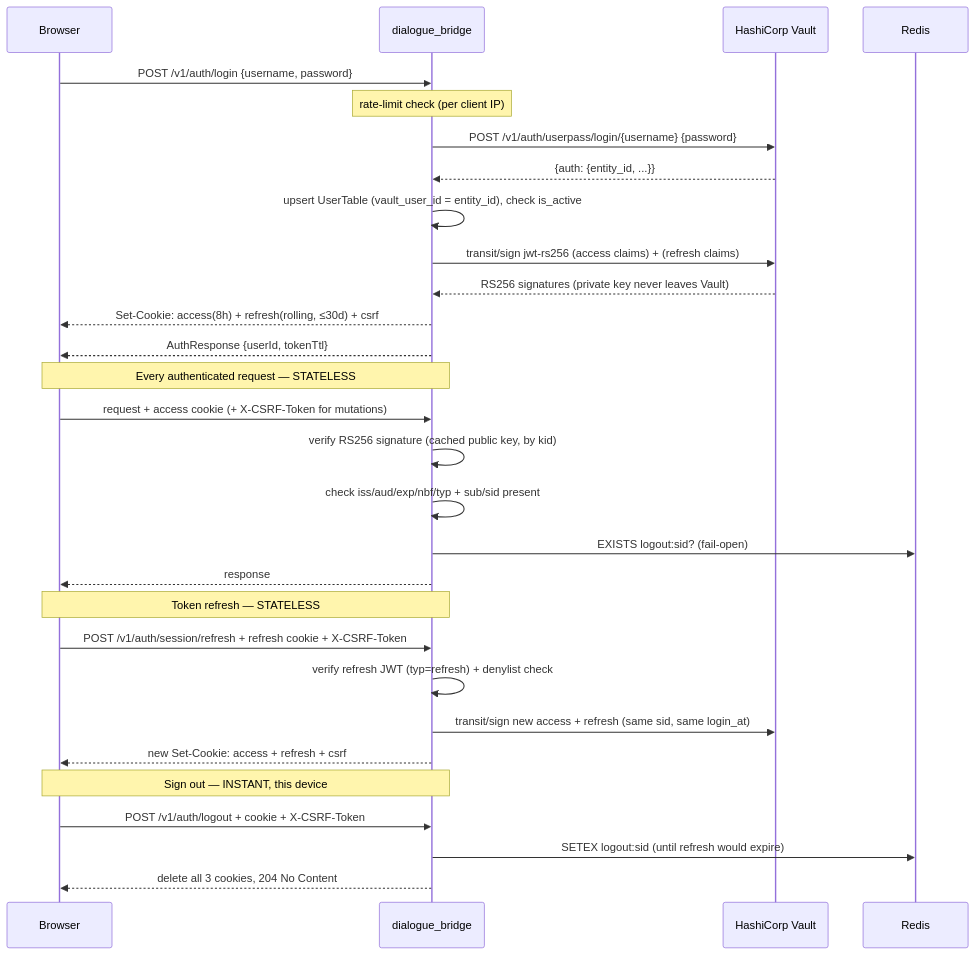
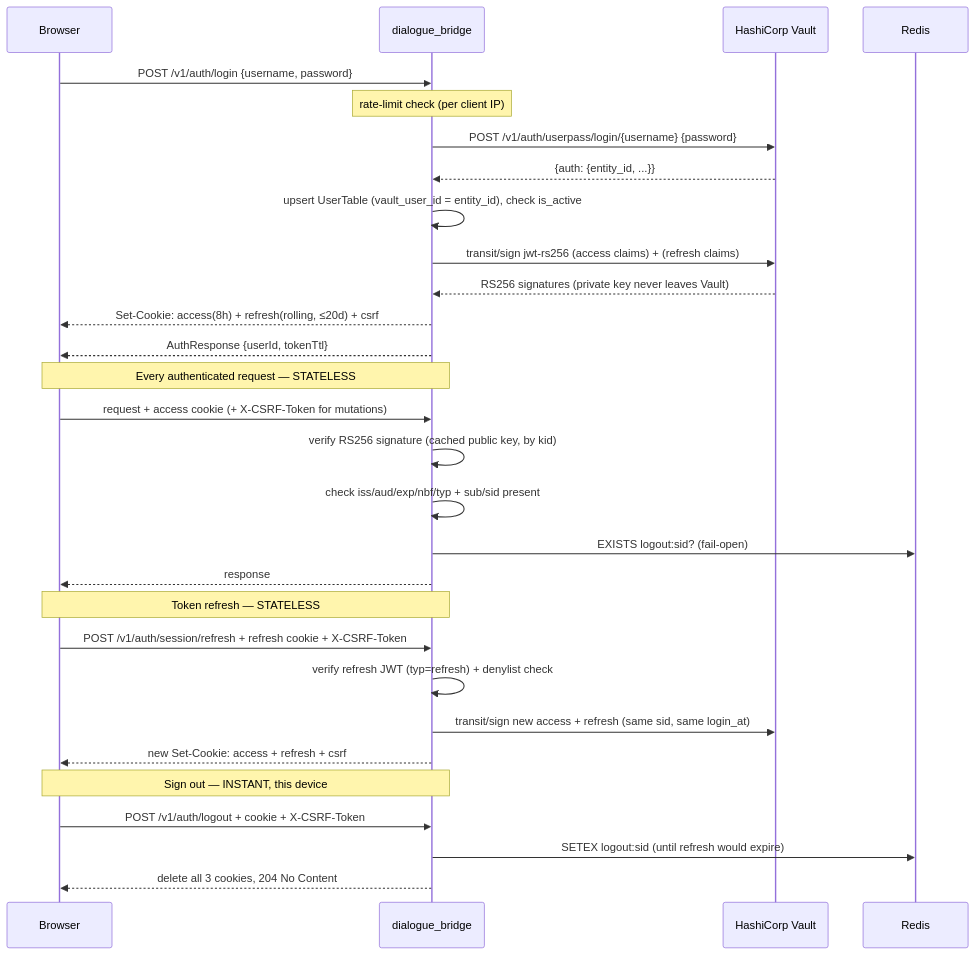
Before and after one commit to konstantinosmpouros/mAgenticX: the second of 5 diagrams in docs/flows/authentication-and-session.md, drawn with Mermaid. The commit also changed other lines of this file and 7 other files, not shown here.

Commit message:
login timeline fix + ci fix

````diff
--- a/docs/flows/authentication-and-session.md
+++ b/docs/flows/authentication-and-session.md
@@ -32,35 +32,35 @@
 ```mermaid
 sequenceDiagram
     participant B as Browser
     participant Bridge as dialogue_bridge
     participant Vault as HashiCorp Vault
     participant Redis as Redis
 
     B->>Bridge: POST /v1/auth/login {username, password}
     Note over Bridge: rate-limit check (per client IP)
     Bridge->>Vault: POST /v1/auth/userpass/login/{username} {password}
     Vault-->>Bridge: {auth: {entity_id, ...}}
     Bridge->>Bridge: upsert UserTable (vault_user_id = entity_id), check is_active
     Bridge->>Vault: transit/sign jwt-rs256 (access claims) + (refresh claims)
     Vault-->>Bridge: RS256 signatures (private key never leaves Vault)
-    Bridge-->>B: Set-Cookie: access(8h) + refresh(rolling, ≤30d) + csrf
+    Bridge-->>B: Set-Cookie: access(8h) + refresh(rolling, ≤20d) + csrf
     Bridge-->>B: AuthResponse {userId, tokenTtl}
 
     Note over B,Bridge: Every authenticated request — STATELESS
     B->>Bridge: request + access cookie (+ X-CSRF-Token for mutations)
     Bridge->>Bridge: verify RS256 signature (cached public key, by kid)
     Bridge->>Bridge: check iss/aud/exp/nbf/typ + sub/sid present
     Bridge->>Redis: EXISTS logout:sid? (fail-open)
     Bridge-->>B: response
 
     Note over B,Bridge: Token refresh — STATELESS
     B->>Bridge: POST /v1/auth/session/refresh + refresh cookie + X-CSRF-Token
     Bridge->>Bridge: verify refresh JWT (typ=refresh) + denylist check
     Bridge->>Vault: transit/sign new access + refresh (same sid, same login_at)
     Bridge-->>B: new Set-Cookie: access + refresh + csrf
 
     Note over B,Bridge: Sign out — INSTANT, this device
     B->>Bridge: POST /v1/auth/logout + cookie + X-CSRF-Token
     Bridge->>Redis: SETEX logout:sid (until refresh would expire)
     Bridge-->>B: delete all 3 cookies, 204 No Content
 ```
````
